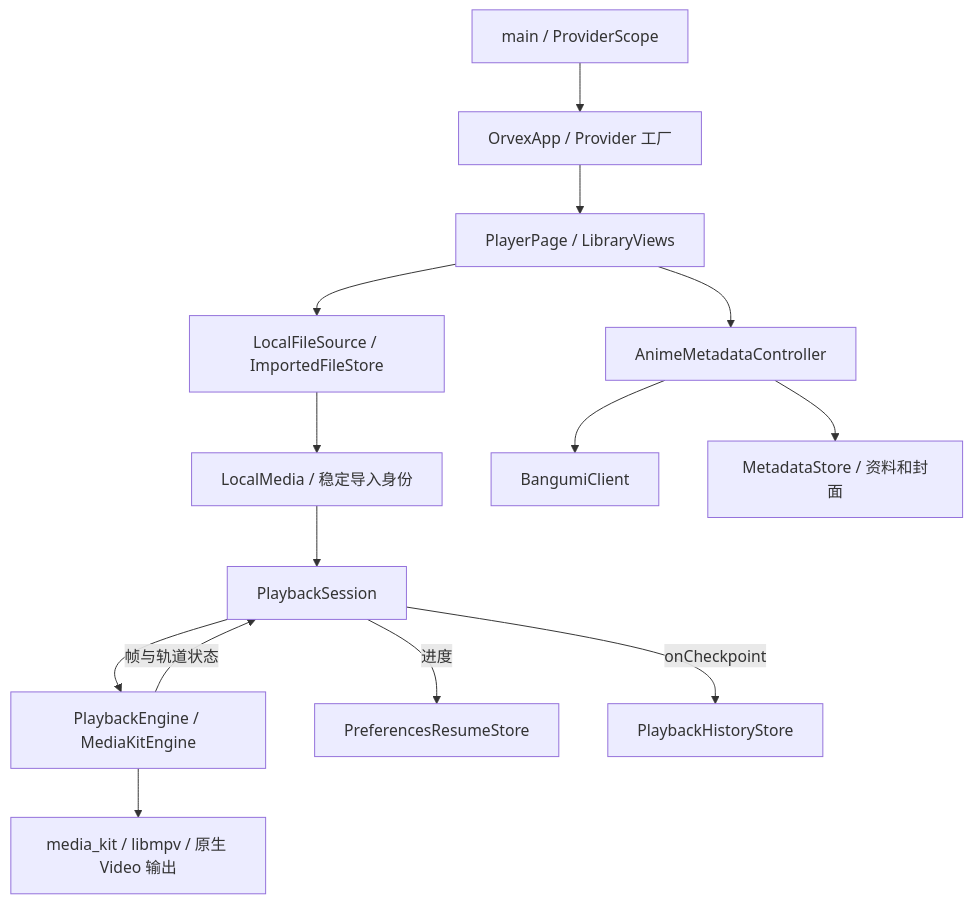
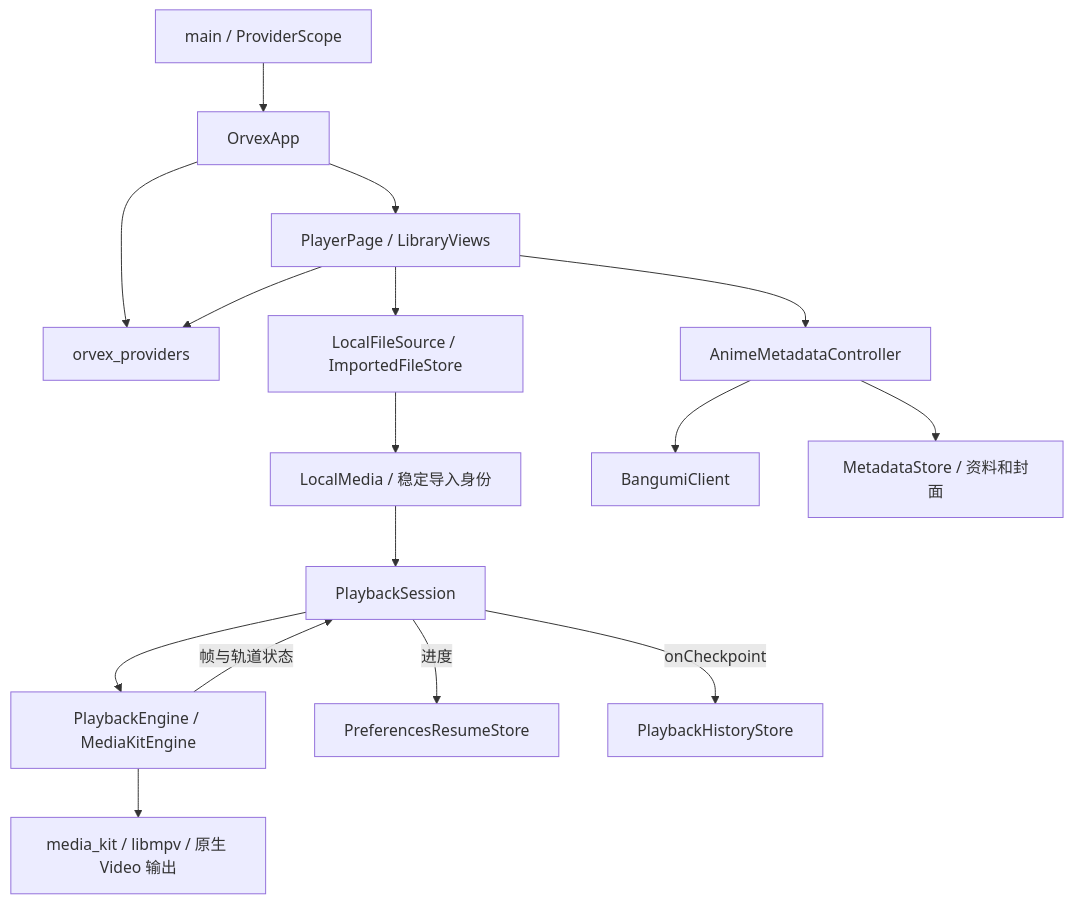
One commit to mayoiboshi/Orvex changed the diagram in docs/ARCHITECTURE.md. Above: the diagram before and after it, drawn with Mermaid. The commit also changed other lines of this file and 12 other files, not shown here.

````diff
--- a/docs/ARCHITECTURE.md
+++ b/docs/ARCHITECTURE.md
@@ -65,16 +66,18 @@
 ```mermaid
 flowchart TD
-  Main[main / ProviderScope] --> App[OrvexApp / Provider 工厂]
+  Main[main / ProviderScope] --> App[OrvexApp]
+  App --> Providers[orvex_providers]
   App --> UI[PlayerPage / LibraryViews]
+  UI --> Providers
   UI --> Source[LocalFileSource / ImportedFileStore]
   Source --> Media[LocalMedia / 稳定导入身份]
   Media --> Session[PlaybackSession]
   Session --> Engine[PlaybackEngine / MediaKitEngine]
   Engine --> Native[media_kit / libmpv / 原生 Video 输出]
   Engine -->|帧与轨道状态| Session
   Session -->|进度| Resume[PreferencesResumeStore]
   Session -->|onCheckpoint| History[PlaybackHistoryStore]
   UI --> Meta[AnimeMetadataController]
   Meta --> API[BangumiClient]
   Meta --> Cache[MetadataStore / 资料和封面]
 ```
````
